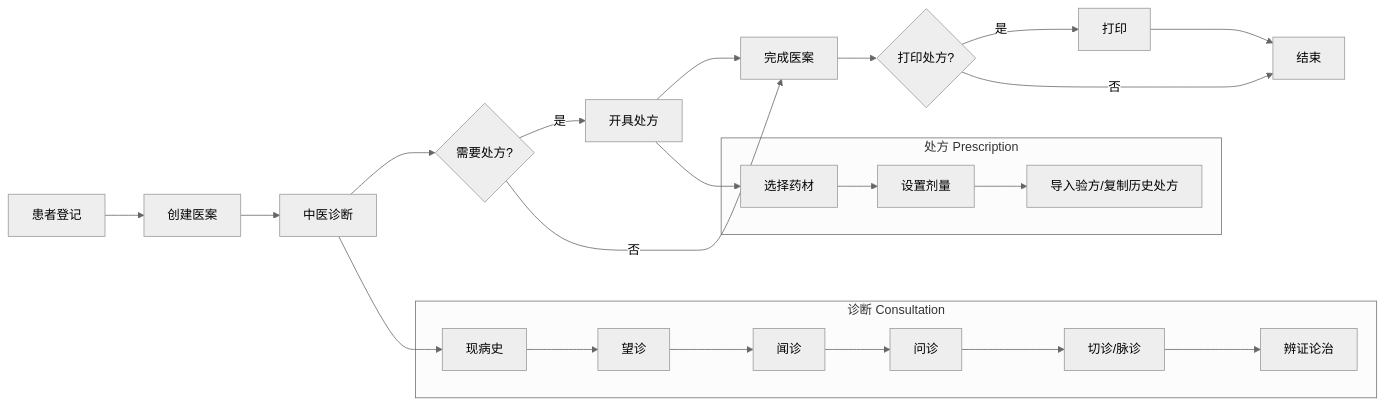
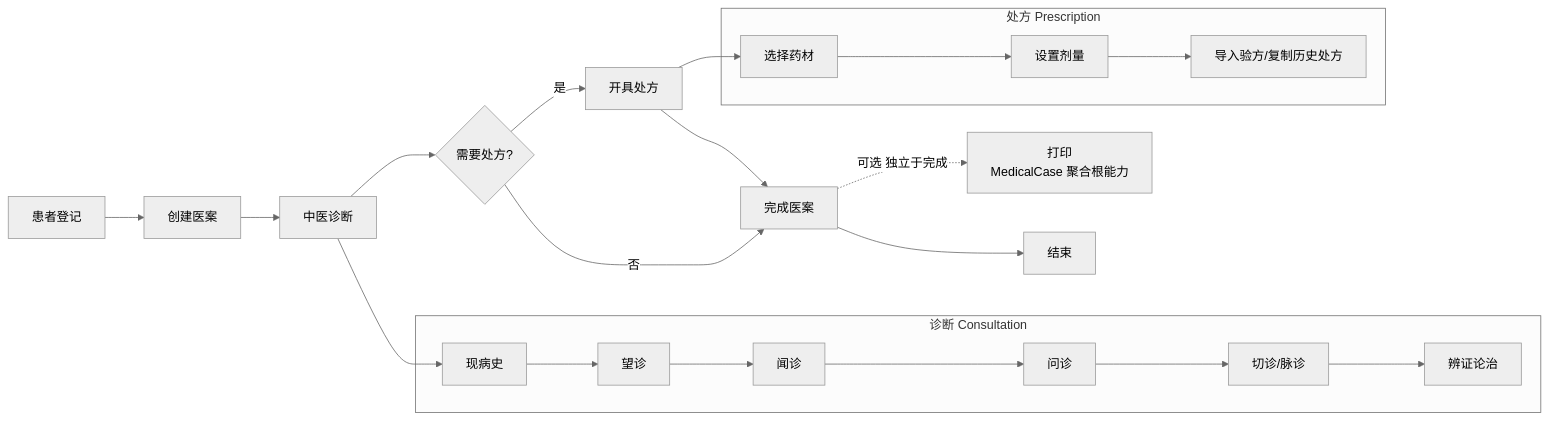
Before and after one commit to shouqitao/LYBTZYZS: the first of 6 diagrams in docs/01-product/vision.md, drawn with Mermaid (neutral theme). The commit also changed other lines of this file and 15 other files, not shown here.

````diff
--- a/docs/01-product/vision.md
+++ b/docs/01-product/vision.md
@@ -27,30 +27,28 @@
 ```mermaid
 flowchart LR
     A[患者登记] --> B[创建医案]
     B --> C[中医诊断]
     C --> D{需要处方?}
     D -->|是| E[开具处方]
     D -->|否| F[完成医案]
     E --> F
-    F --> G{打印处方?}
-    G -->|是| H[打印]
-    G -->|否| I[结束]
-    H --> I
+    F -.->|可选 独立于完成| G[打印<br/>MedicalCase 聚合根能力]
+    F --> I[结束]
 
     subgraph 诊断 Consultation
         C1[现病史] --> C2[望诊]
         C2 --> C3[闻诊]
         C3 --> C4[问诊]
         C4 --> C5[切诊/脉诊]
         C5 --> C6[辨证论治]
     end
 
     C --> C1
 
     subgraph 处方 Prescription
         E1[选择药材] --> E2[设置剂量]
         E2 --> E3[导入验方/复制历史处方]
     end
 
     E --> E1
 ```
````
